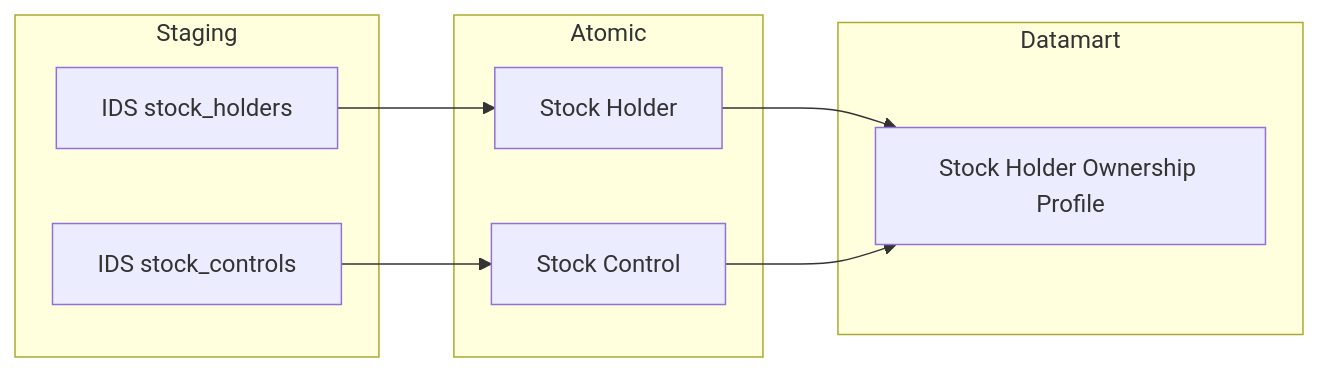
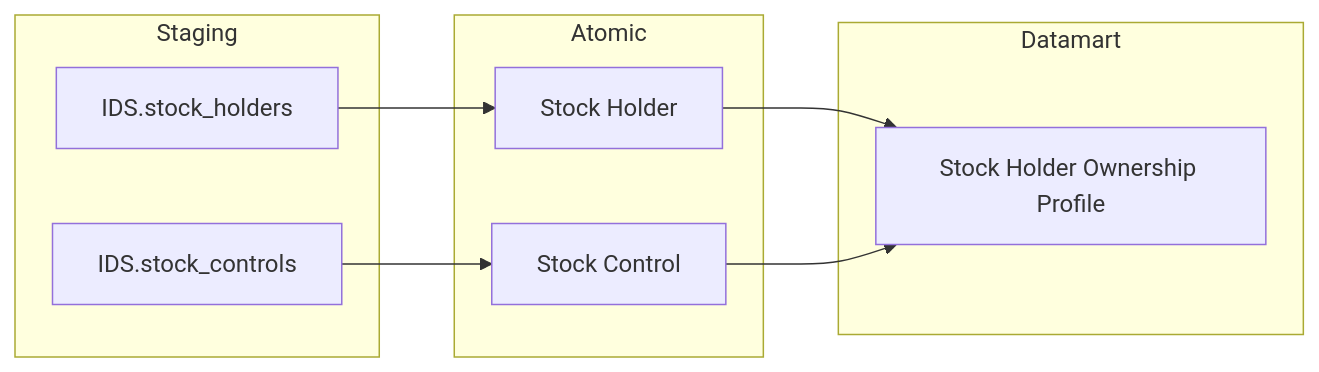
The third of 3 diagrams in docs/output/datamart/GSTT/DTM_GSTT_PTTK.md (linhlvit/ubck_atomic_design), drawn with Mermaid before and after one commit. The commit also changed other lines of this file and 34 other files, not shown here.

````diff
--- a/docs/output/datamart/GSTT/DTM_GSTT_PTTK.md
+++ b/docs/output/datamart/GSTT/DTM_GSTT_PTTK.md
@@ -128,18 +126,18 @@
 ```mermaid
 flowchart LR
     subgraph Staging
-        IDS_stock_holders["IDS stock_holders"]
-        IDS_stock_controls["IDS stock_controls"]
+        IDS_stock_holders["IDS.stock_holders"]
+        IDS_stock_controls["IDS.stock_controls"]
     end
     subgraph Atomic
-        A4A["Stock Holder"]
-        A4B["Stock Control"]
+        Stock_Holder["Stock Holder"]
+        Stock_Control["Stock Control"]
     end
     subgraph Datamart
-        O1["Stock Holder Ownership Profile"]
+        stk_hld_own_prfl["Stock Holder Ownership Profile"]
     end
-    IDS_stock_holders --> A4A
-    IDS_stock_controls --> A4B
-    A4A --> O1
-    A4B --> O1
+    IDS_stock_holders --> Stock_Holder
+    IDS_stock_controls --> Stock_Control
+    Stock_Holder --> stk_hld_own_prfl
+    Stock_Control --> stk_hld_own_prfl
 ```
````
